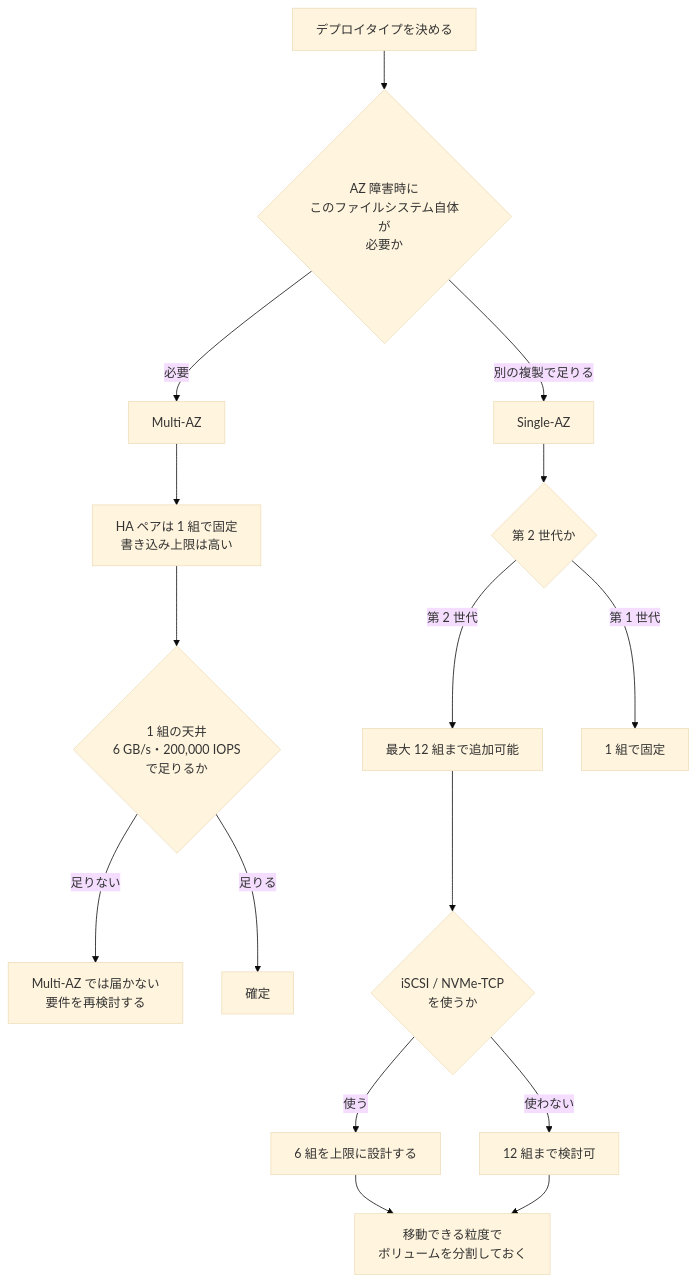
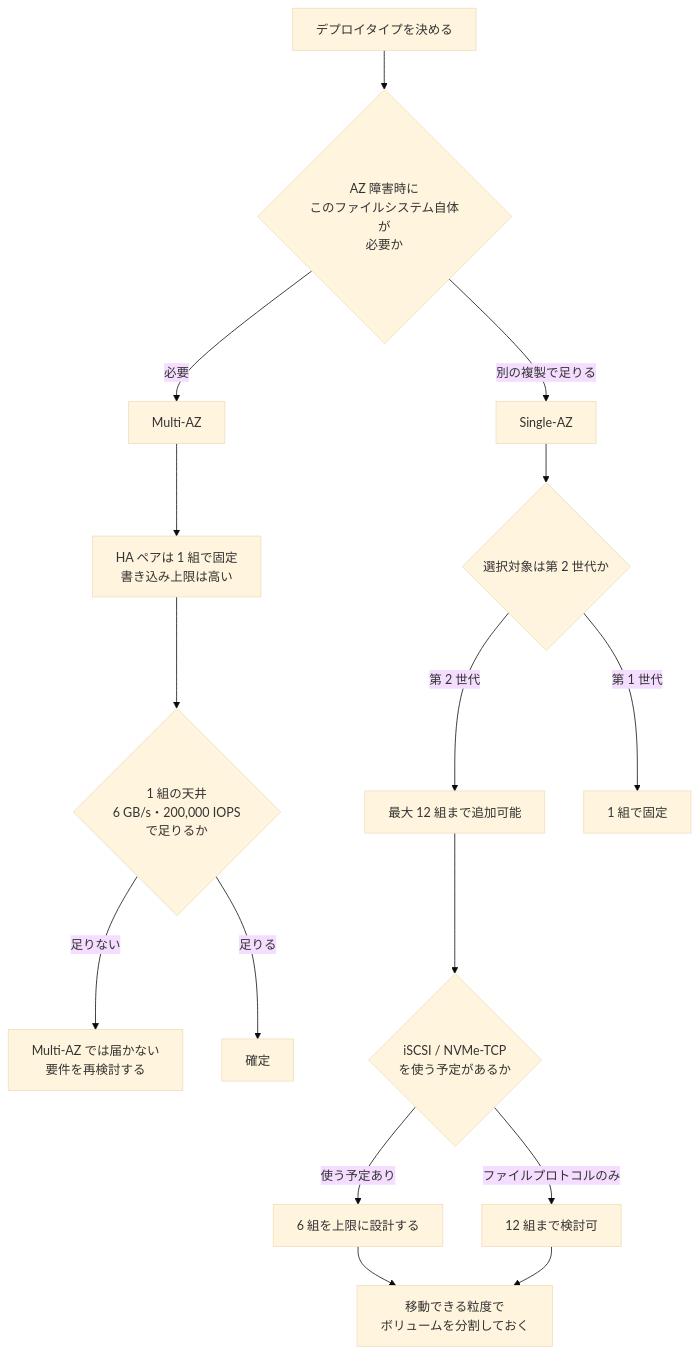
One commit to Yoshiki0705/FSx-for-ONTAP-Adoption-Playbook changed the diagram in docs/ja/playbooks/02-design/notes/deployment-type-is-decided-once.md. Above: the diagram before and after it, drawn with Mermaid (base theme). The commit also changed other lines of this file and 257 other files, not shown here.

````diff
--- a/docs/ja/playbooks/02-design/notes/deployment-type-is-decided-once.md
+++ b/docs/ja/playbooks/02-design/notes/deployment-type-is-decided-once.md
@@ -133,23 +153,23 @@
 ```mermaid
 graph TD
     START[デプロイタイプを決める] --> AZ{AZ 障害時に<br/>このファイルシステム自体が<br/>必要か}
 
     AZ -->|必要| MAZ[Multi-AZ]
     AZ -->|別の複製で足りる| SAZ[Single-AZ]
 
     MAZ --> MAZ1["HA ペアは 1 組で固定<br/>書き込み上限は高い"]
     MAZ1 --> CAP{1 組の天井<br/>6 GB/s・200,000 IOPS<br/>で足りるか}
     CAP -->|足りない| RETHINK[Multi-AZ では届かない<br/>要件を再検討する]
     CAP -->|足りる| OK1[確定]
 
-    SAZ --> GEN{第 2 世代か}
+    SAZ --> GEN{選択対象は第 2 世代か}
     GEN -->|第 2 世代| SCALE["最大 12 組まで追加可能"]
     GEN -->|第 1 世代| FIXED[1 組で固定]
 
-    SCALE --> BLOCK{iSCSI / NVMe-TCP<br/>を使うか}
-    BLOCK -->|使う| SIX[6 組を上限に設計する]
-    BLOCK -->|使わない| TWELVE[12 組まで検討可]
+    SCALE --> BLOCK{iSCSI / NVMe-TCP<br/>を使う予定があるか}
+    BLOCK -->|使う予定あり| SIX[6 組を上限に設計する]
+    BLOCK -->|ファイルプロトコルのみ| TWELVE[12 組まで検討可]
 
     SIX --> GRAN[移動できる粒度で<br/>ボリュームを分割しておく]
     TWELVE --> GRAN
 ```
````
